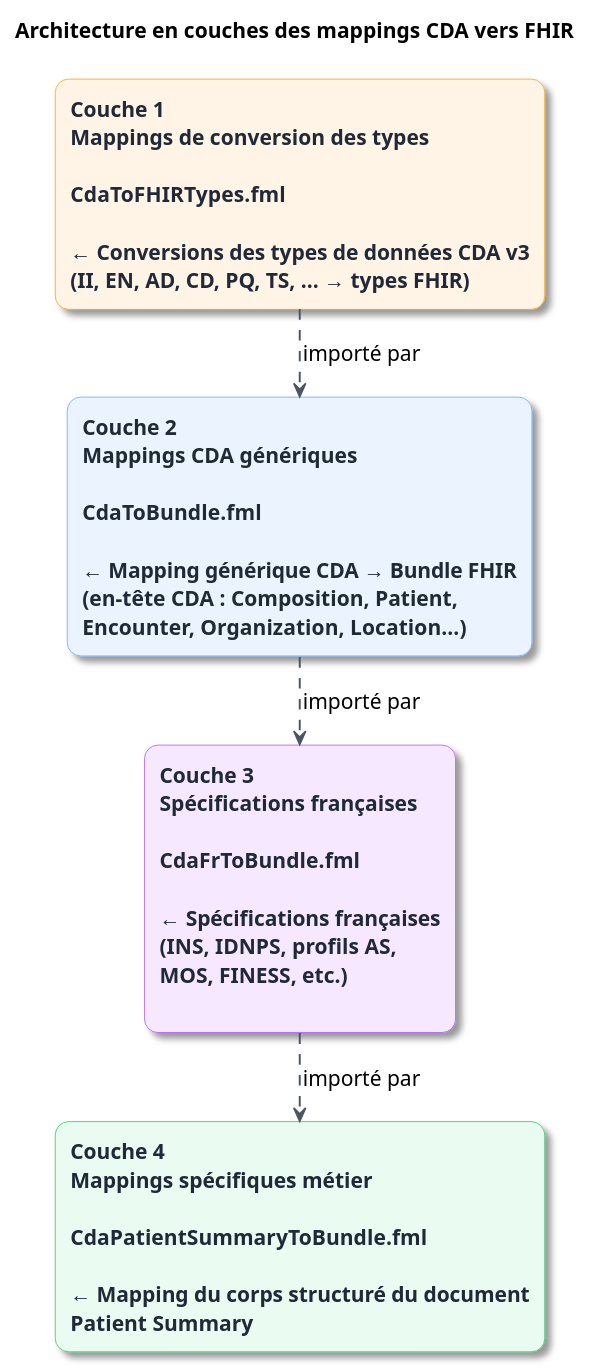
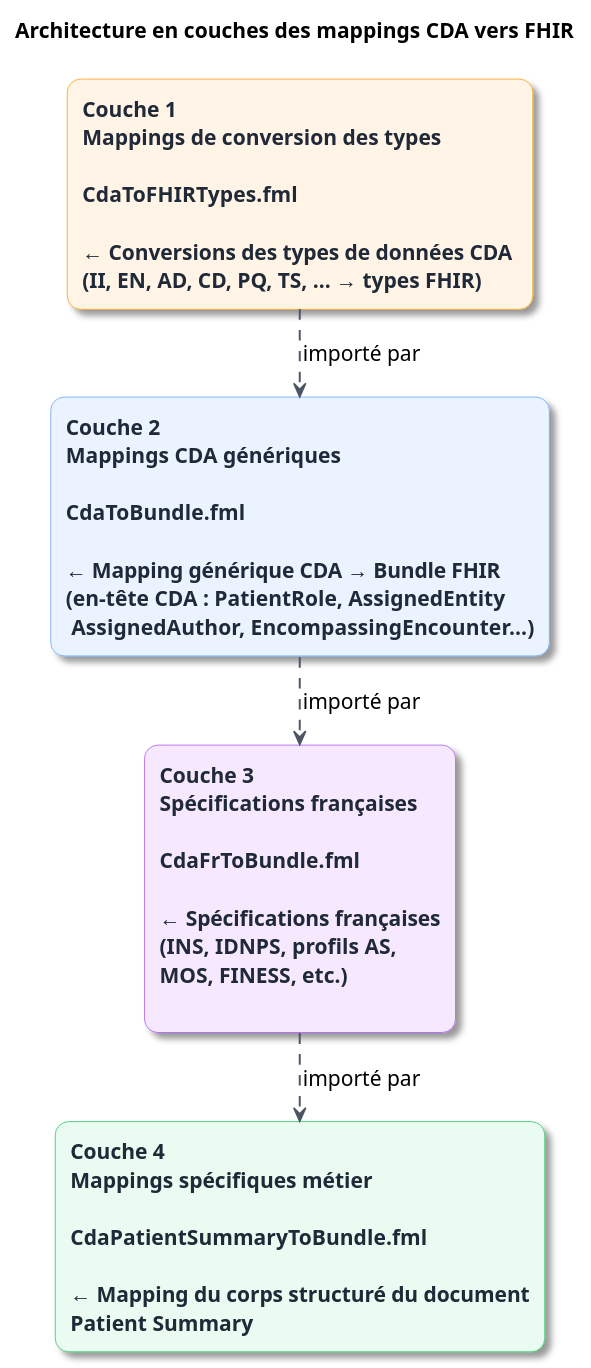
The diagram in input/images-source/etapes-mapping.plantuml (ansforge/IG-mapping-cda-fhir), drawn with PlantUML before and after one commit. The commit also changed 11 other files, not shown here.

```diff
--- a/input/images-source/etapes-mapping.plantuml
+++ b/input/images-source/etapes-mapping.plantuml
@@ -1,58 +1,58 @@
 @startuml
 !pragma layout smetana
 
 title Architecture en couches des mappings CDA vers FHIR
 
 hide stereotype
 
 skinparam backgroundColor #FFFFFF
 skinparam shadowing true
 skinparam defaultFontName Arial
 skinparam defaultFontSize 14
 skinparam ArrowColor #4B5563
 skinparam ArrowThickness 1.3
 skinparam roundcorner 18
 skinparam nodesep 50
 skinparam ranksep 55
 skinparam linetype polyline
 
 top to bottom direction
 
 skinparam rectangle {
   FontColor #1F2937
   FontStyle bold
 }
 
 skinparam rectangle<<layer1>> {
   BackgroundColor #FFF4E6
   BorderColor #F59E0B
 }
 
 skinparam rectangle<<layer2>> {
   BackgroundColor #EAF3FF
   BorderColor #60A5FA
 }
 
 skinparam rectangle<<layer3>> {
   BackgroundColor #F5E8FF
   BorderColor #A855F7
 }
 
 skinparam rectangle<<layer4>> {
   BackgroundColor #EAFBF1
   BorderColor #22C55E
 }
 
-rectangle "Couche 1\nMappings de conversion des types\n\nCdaToFHIRTypes.fml\n\n← Conversions des types de données CDA v3\n(II, EN, AD, CD, PQ, TS, ... → types FHIR)" <<layer1>> as L1
+rectangle "Couche 1\nMappings de conversion des types\n\nCdaToFHIRTypes.fml\n\n← Conversions des types de données CDA \n(II, EN, AD, CD, PQ, TS, ... → types FHIR)" <<layer1>> as L1
 
-rectangle "Couche 2\nMappings CDA génériques\n\nCdaToBundle.fml\n\n← Mapping générique CDA → Bundle FHIR\n(en-tête CDA : Composition, Patient,\nEncounter, Organization, Location...)" <<layer2>> as L2
+rectangle "Couche 2\nMappings CDA génériques\n\nCdaToBundle.fml\n\n← Mapping générique CDA → Bundle FHIR\n(en-tête CDA : PatientRole, AssignedEntity\n AssignedAuthor, EncompassingEncounter...)" <<layer2>> as L2
 
 rectangle "Couche 3\nSpécifications françaises\n\nCdaFrToBundle.fml\n\n← Spécifications françaises\n(INS, IDNPS, profils AS,\nMOS, FINESS, etc.)\n<color:#F5E8FF>________________________________________</color>" <<layer3>> as L3
 
 rectangle "Couche 4\nMappings spécifiques métier\n\nCdaPatientSummaryToBundle.fml\n\n← Mapping du corps structuré du document\nPatient Summary" <<layer4>> as L4
 
 L1 -[#4B5563,dashed]-> L2 : importé par
 L2 -[#4B5563,dashed]-> L3 : importé par
 L3 -[#4B5563,dashed]-> L4 : importé par
 
 @enduml
```
